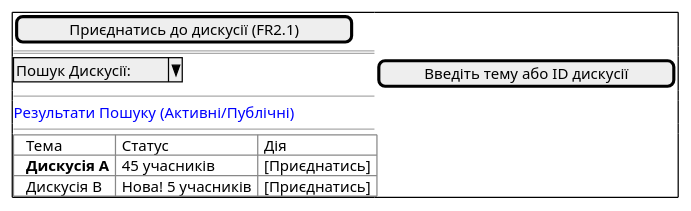
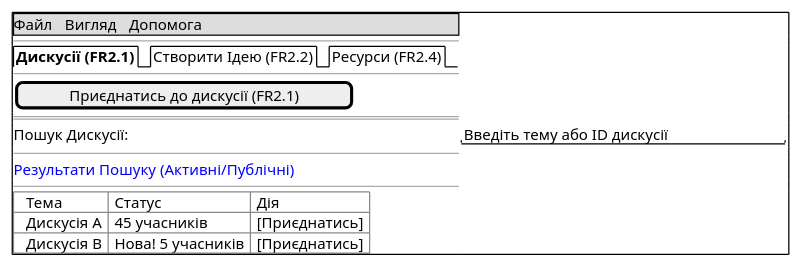
One commit to NxGen-Coder/needforlab2 changed the diagram in FR2_1_Join_Discussion.puml. Above: the diagram before and after it, drawn with PlantUML.

```diff
--- a/FR2_1_Join_Discussion.puml
+++ b/FR2_1_Join_Discussion.puml
@@ -1,16 +1,20 @@
 @startuml 
 salt
 {+
-  [ Приєднатись до дискусії (FR2.1) ]
-  ==
-  ^Пошук Дискусії:^ | [Введіть тему або ID дискусії ]
-  --
-  <color:blue>Результати Пошуку (Активні/Публічні)</color>
-  --
-  {T#
-  +Тема | Статус | Дія
-  + <b>Дискусія А</b> | 45 учасників | [Приєднатись]
-  + Дискусія B | Нова! 5 учасників | [Приєднатись]
-  }
+    {* Файл | Вигляд | Допомога }
+    --
+    {/ <b>Дискусії (FR2.1) | <color:black>Створити Ідею (FR2.2)</color> | <color:black>Ресурси (FR2.4)</color> }
+    --
+    [ Приєднатись до дискусії (FR2.1) ]
+    ==
+    Пошук Дискусії: | "Введіть тему або ID дискусії    "
+    --
+    <color:blue>Результати Пошуку (Активні/Публічні)</color>
+    --
+    {T#
+    +Тема | Статус | Дія
+    + Дискусія А | 45 учасників | [Приєднатись]
+    + Дискусія B | Нова! 5 учасників | [Приєднатись]
+    }
 }
 @enduml
```
